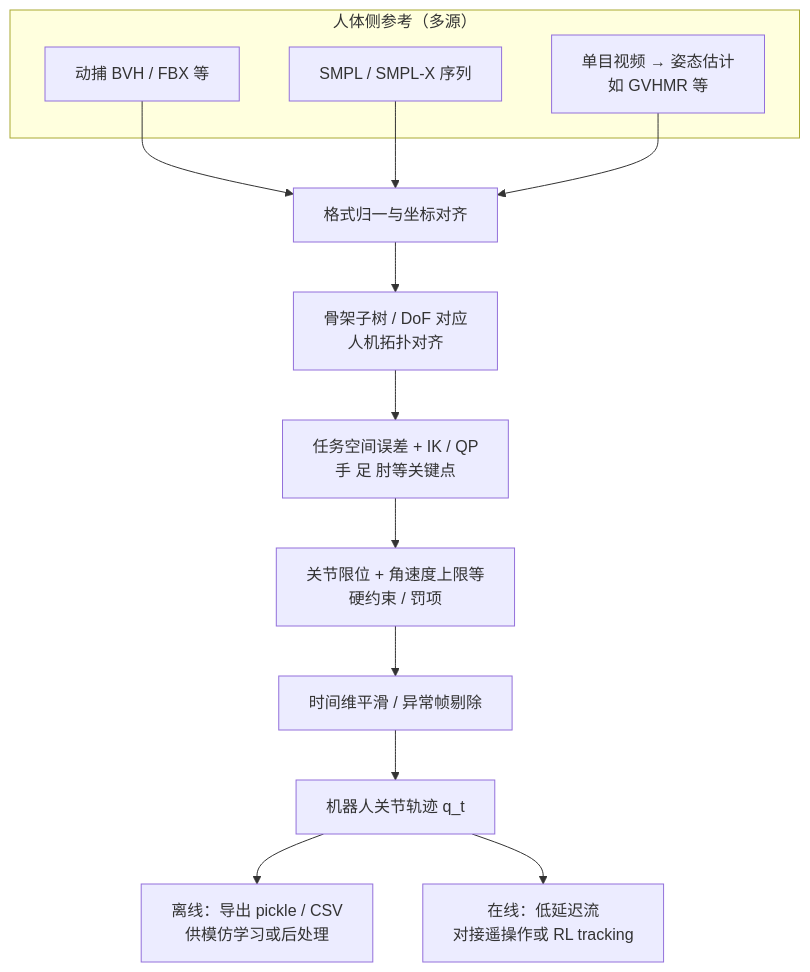
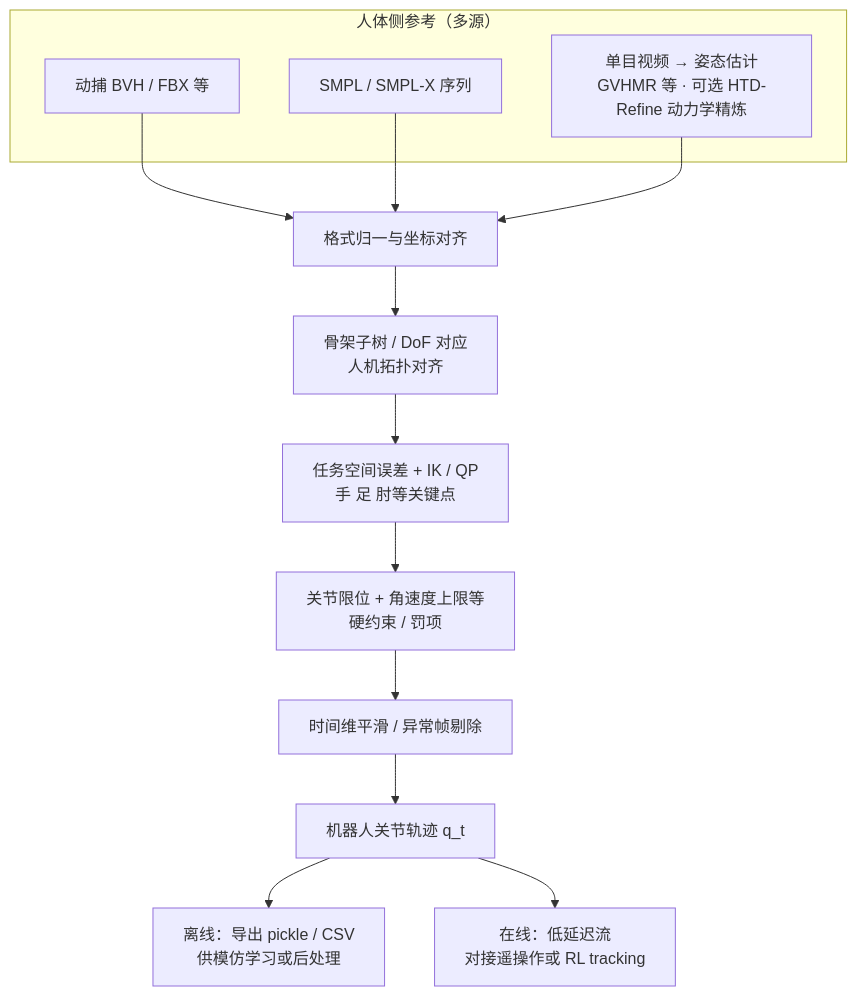
One commit to ImChong/Robotics_Notebooks changed the first of 2 diagrams in wiki/methods/motion-retargeting-gmr.md. Above: the diagram before and after it, drawn with Mermaid. The commit also changed other lines of this file and 21 other files, not shown here.

Commit message:
[2026-06-04] ingest | sources/papers/htd_refine_arxiv_2605_26879.md — HTD-Refine（CVPR 2026）单目 HMR 高阶动力学后处理入库并同步索引

````diff
--- a/wiki/methods/motion-retargeting-gmr.md
+++ b/wiki/methods/motion-retargeting-gmr.md
@@ -41,21 +42,21 @@
 ```mermaid
 flowchart TD
   subgraph inputs["人体侧参考（多源）"]
     M1[动捕 BVH / FBX 等]
     M2[SMPL / SMPL-X 序列]
-    M3[单目视频 → 姿态估计<br/>如 GVHMR 等]
+    M3[单目视频 → 姿态估计<br/>GVHMR 等 · 可选 HTD-Refine 动力学精炼]
   end
 
   M1 --> N[格式归一与坐标对齐]
   M2 --> N
   M3 --> N
 
   N --> T[骨架子树 / DoF 对应<br/>人机拓扑对齐]
   T --> IK[任务空间误差 + IK / QP<br/>手 足 肘等关键点]
   IK --> C[关节限位 + 角速度上限等<br/>硬约束 / 罚项]
   C --> S[时间维平滑 / 异常帧剔除]
   S --> Q[机器人关节轨迹 q_t]
 
   Q --> OUT1[离线：导出 pickle / CSV<br/>供模仿学习或后处理]
   Q --> OUT2[在线：低延迟流<br/>对接遥操作或 RL tracking]
 ```
````
